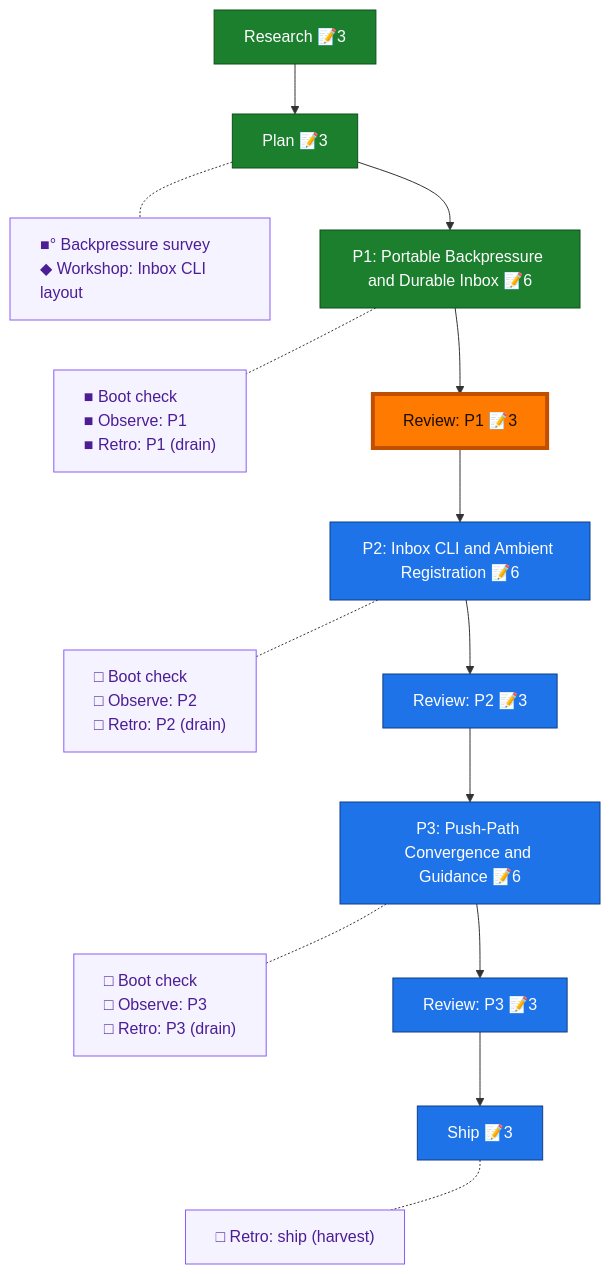
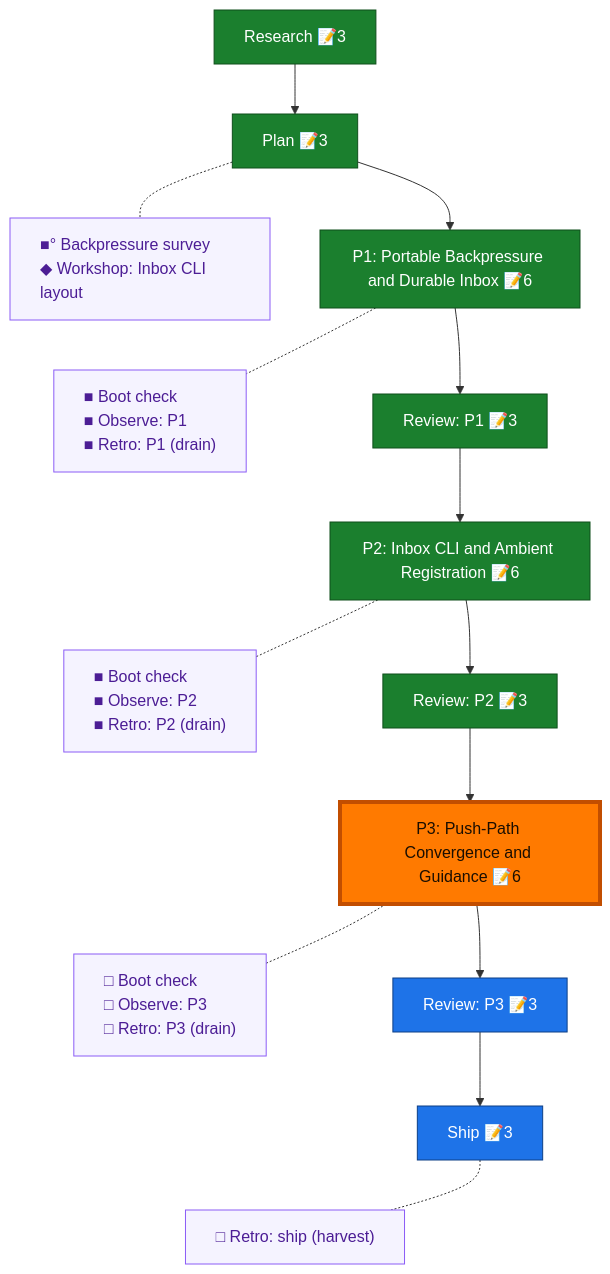
The diagram in docs/plans/041-pij-inbox-no-tmux/the-flow.md (vaughanknight/pij), drawn with Mermaid before and after one commit. The commit also changed other lines of this file and 39 other files, not shown here.

First line of the commit message:
feat(pij): add ambient pull inbox CLI

````diff
--- a/docs/plans/041-pij-inbox-no-tmux/the-flow.md
+++ b/docs/plans/041-pij-inbox-no-tmux/the-flow.md
@@ -8,36 +8,36 @@
 ```mermaid
 flowchart TD
     research["Research 📝3"]:::done
     plan["Plan 📝3"]:::done
     phase_1["P1: Portable Backpressure and Durable Inbox 📝6"]:::done
     review_1["Review: P1 📝3"]:::done
-    phase_2["P2: Inbox CLI and Ambient Registration 📝6"]:::known
-    review_2["Review: P2 📝3"]:::known
+    phase_2["P2: Inbox CLI and Ambient Registration 📝6"]:::done
+    review_2["Review: P2 📝3"]:::done
     phase_3["P3: Push-Path Convergence and Guidance 📝6"]:::known
     review_3["Review: P3 📝3"]:::known
     ship["Ship 📝3"]:::known
 
     research --> plan --> phase_1 --> review_1 --> phase_2 --> review_2 --> phase_3 --> review_3 --> ship
 
     planC["■° Backpressure survey<br/>◆ Workshop: Inbox CLI layout"]:::chore
     phase_1C["■ Boot check<br/>■ Observe: P1<br/>■ Retro: P1 (drain)"]:::chore
-    phase_2C["□ Boot check<br/>□ Observe: P2<br/>□ Retro: P2 (drain)"]:::chore
+    phase_2C["■ Boot check<br/>■ Observe: P2<br/>■ Retro: P2 (drain)"]:::chore
     phase_3C["□ Boot check<br/>□ Observe: P3<br/>□ Retro: P3 (drain)"]:::chore
     shipC["□ Retro: ship (harvest)"]:::chore
 
     %% invisible chain holds the gutter boxes in their own column
     planC ~~~ phase_1C ~~~ phase_2C ~~~ phase_3C ~~~ shipC
 
     %% dotted links pull each gutter box beside its node
     plan -.- planC
     phase_1 -.- phase_1C
     phase_2 -.- phase_2C
     phase_3 -.- phase_3C
     ship -.- shipC
 
     classDef done fill:#1B7F2E,stroke:#0F4F1B,color:#fff;
     classDef known fill:#1E73E8,stroke:#0D3F86,color:#fff;
     classDef chore fill:#f5f3ff,stroke:#8b5cf6,color:#4c1d95,text-align:left;
     classDef current fill:#FF7A00,stroke:#C24E00,color:#1a0e00,stroke-width:4px;
-    class review_1 current;
+    class phase_3 current;
 ```
````
